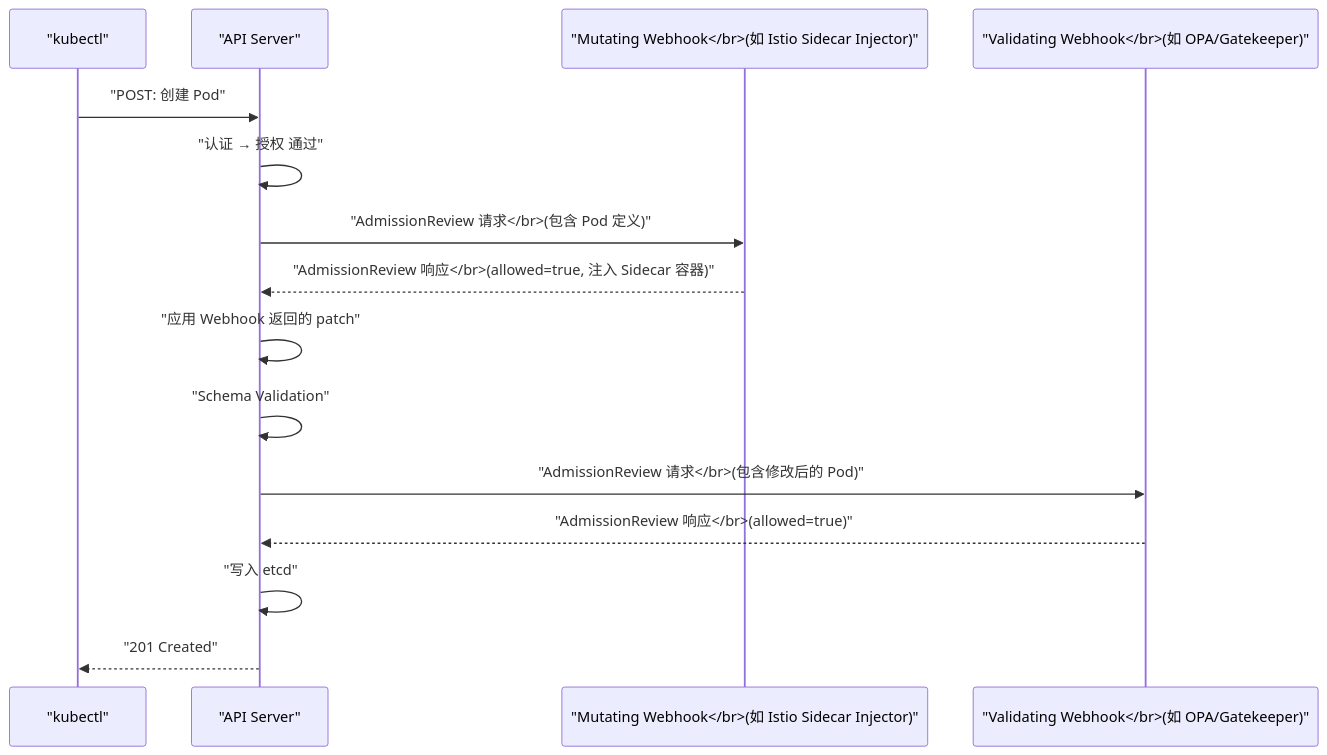
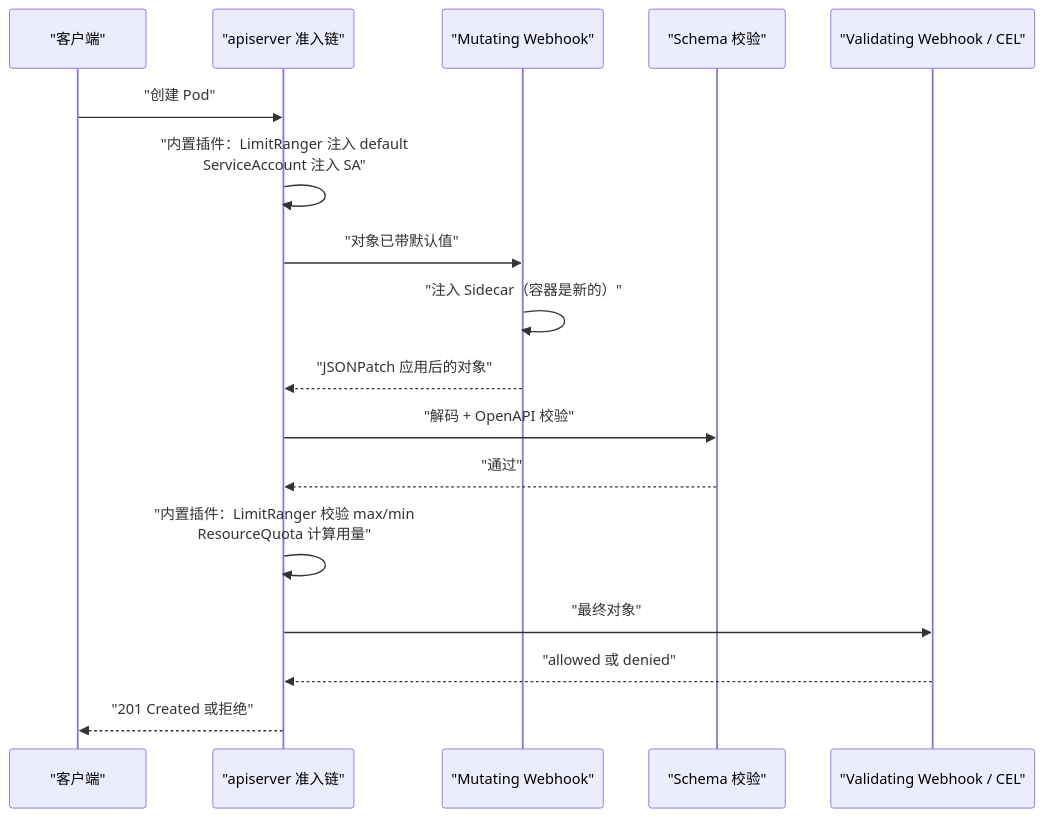
The second of 6 diagrams in content/云原生/Kubernetes/kubernetes之API Server/04 准入控制器深度解析.md (hpliStartAgain/my-brain), drawn with Mermaid before and after one commit. The commit also changed other lines of this file and 455 other files, not shown here.

````diff
--- a/content/云原生/Kubernetes/kubernetes之API Server/04 准入控制器深度解析.md
+++ b/content/云原生/Kubernetes/kubernetes之API Server/04 准入控制器深度解析.md
@@ -182,19 +82,21 @@
 ```mermaid
 %%{init: {'theme': 'dracula'}}%%
 sequenceDiagram
-    participant Client as "kubectl"
-    participant API as "API Server"
-    participant MWH as "Mutating Webhook</br>(如 Istio Sidecar Injector)"
-    participant VWH as "Validating Webhook</br>(如 OPA/Gatekeeper)"
+    participant C as "客户端"
+    participant A as "apiserver 准入链"
+    participant M as "Mutating Webhook"
+    participant S as "Schema 校验"
+    participant V as "Validating Webhook / CEL"
 
-    Client->>API: "POST: 创建 Pod"
-    API->>API: "认证 → 授权 通过"
-    API->>MWH: "AdmissionReview 请求</br>(包含 Pod 定义)"
-    MWH-->>API: "AdmissionReview 响应</br>(allowed=true, 注入 Sidecar 容器)"
-    API->>API: "应用 Webhook 返回的 patch"
-    API->>API: "Schema Validation"
-    API->>VWH: "AdmissionReview 请求</br>(包含修改后的 Pod)"
-    VWH-->>API: "AdmissionReview 响应</br>(allowed=true)"
-    API->>API: "写入 etcd"
-    API-->>Client: "201 Created"
+    C->>A: "创建 Pod"
+    A->>A: "内置插件：LimitRanger 注入 default<br/>ServiceAccount 注入 SA"
+    A->>M: "对象已带默认值"
+    M->>M: "注入 Sidecar（容器是新的）"
+    M-->>A: "JSONPatch 应用后的对象"
+    A->>S: "解码 + OpenAPI 校验"
+    S-->>A: "通过"
+    A->>A: "内置插件：LimitRanger 校验 max/min<br/>ResourceQuota 计算用量"
+    A->>V: "最终对象"
+    V-->>A: "allowed 或 denied"
+    A-->>C: "201 Created 或拒绝"
 ```
````
